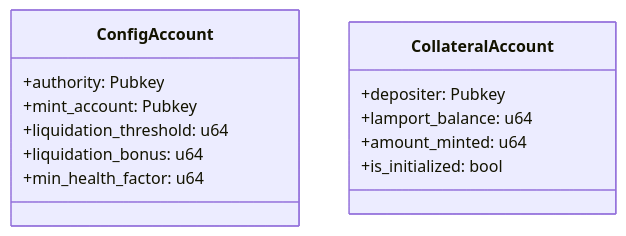
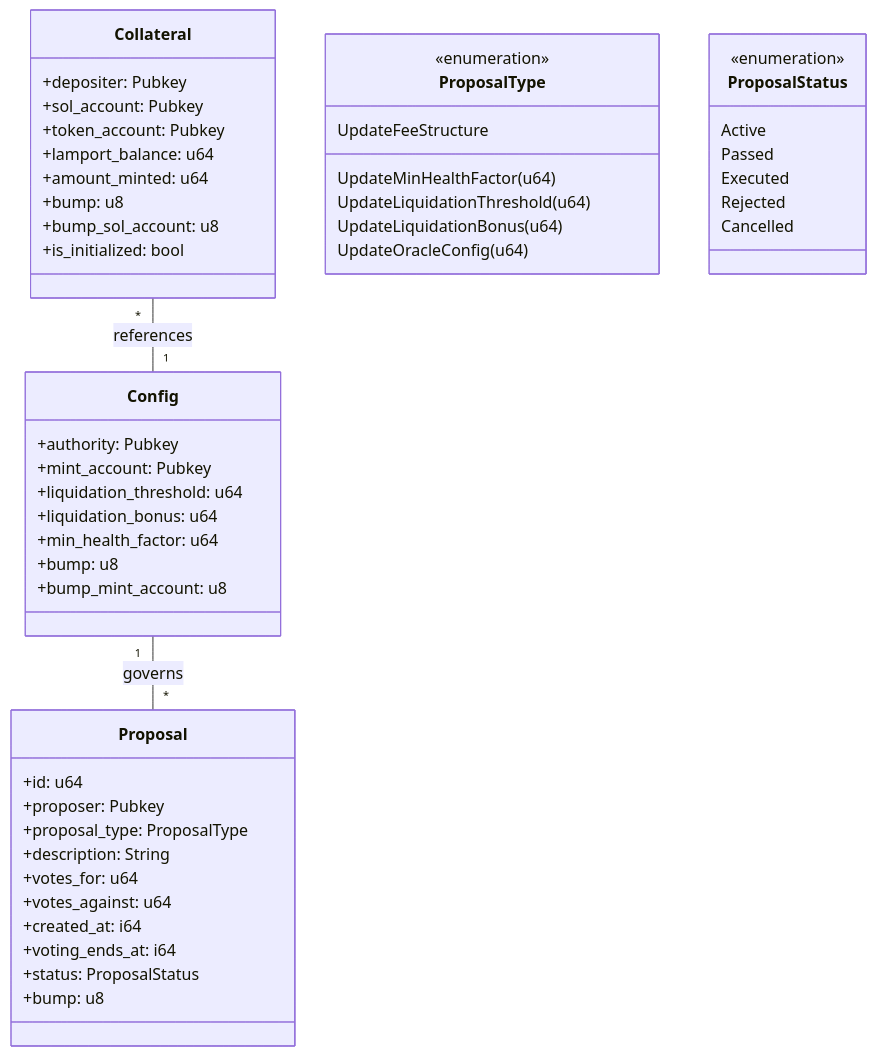
Before and after one commit to AymanF10/Stable-Coin: the seventh of 7 diagrams in README.md, drawn with Mermaid. The commit also changed other lines of this file and 17 other files, not shown here.

````diff
--- a/README.md
+++ b/README.md
@@ -148,17 +181,57 @@
 ```mermaid
 classDiagram
-    class ConfigAccount {
+    class Config {
         +authority: Pubkey
         +mint_account: Pubkey
         +liquidation_threshold: u64
         +liquidation_bonus: u64
         +min_health_factor: u64
+        +bump: u8
+        +bump_mint_account: u8
     }
     
-    class CollateralAccount {
+    class Collateral {
         +depositer: Pubkey
+        +sol_account: Pubkey
+        +token_account: Pubkey
         +lamport_balance: u64
         +amount_minted: u64
+        +bump: u8
+        +bump_sol_account: u8
         +is_initialized: bool
     }
+    
+    class Proposal {
+        +id: u64
+        +proposer: Pubkey
+        +proposal_type: ProposalType
+        +description: String
+        +votes_for: u64
+        +votes_against: u64
+        +created_at: i64
+        +voting_ends_at: i64
+        +status: ProposalStatus
+        +bump: u8
+    }
+    
+    class ProposalType {
+        <<enumeration>>
+        UpdateMinHealthFactor(u64)
+        UpdateLiquidationThreshold(u64)
+        UpdateLiquidationBonus(u64)
+        UpdateOracleConfig(u64)
+        UpdateFeeStructure
+    }
+    
+    class ProposalStatus {
+        <<enumeration>>
+        Active
+        Passed
+        Executed
+        Rejected
+        Cancelled
+    }
+    
+    Config "1" -- "*" Proposal : governs
+    Collateral "*" -- "1" Config : references
 ```
````
